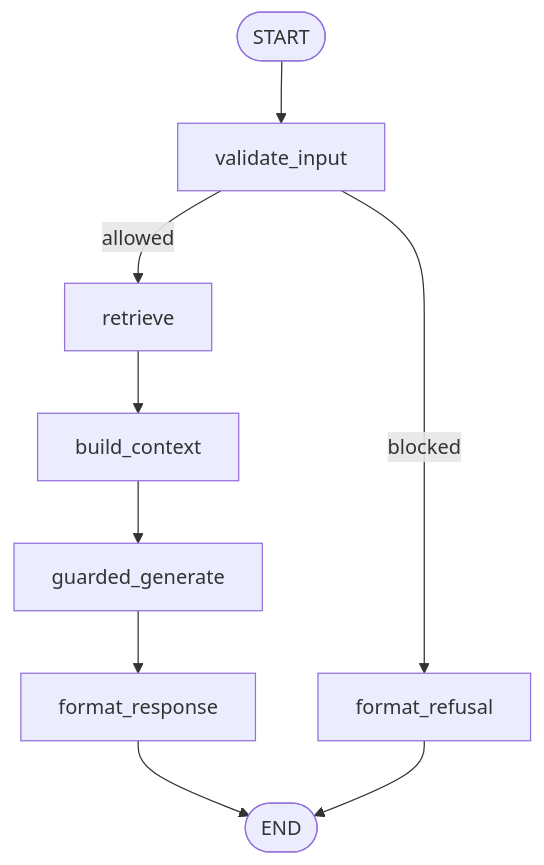
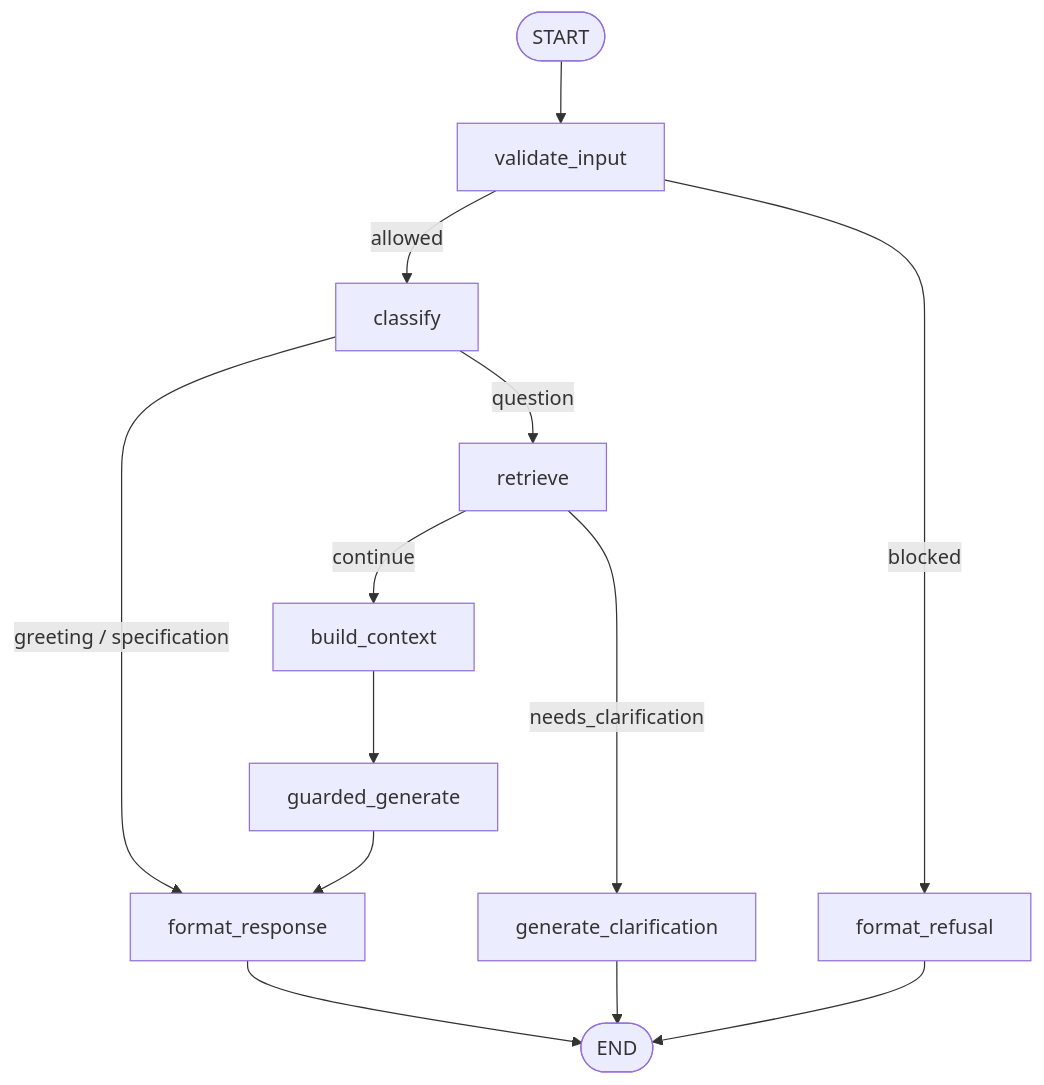
Before and after one commit to AliNikkhah2001/Work_RAG-Orchestrator: the first of 2 diagrams in README.md, drawn with Mermaid. The commit also changed other lines of this file and 1 other file, not shown here.

Commit message:
docs: update README + STUDIO with current graph, ambiguity resolver, clarification & metadata filtering

````diff
--- a/README.md
+++ b/README.md
@@ -13,11 +13,15 @@
 ```mermaid
 flowchart TD
     START([START]) --> VI[validate_input]
     VI -->|blocked| FR[format_refusal]
-    VI -->|allowed| RET[retrieve]
-    RET --> BC[build_context]
+    VI -->|allowed| CL[classify]
+    CL -->|greeting / specification| FRMT[format_response]
+    CL -->|question| RET[retrieve]
+    RET -->|needs_clarification| GC[generate_clarification]
+    RET -->|continue| BC[build_context]
     BC --> GG[guarded_generate]
-    GG --> FRMT[format_response]
+    GG --> FRMT
     FRMT --> END([END])
+    GC --> END
     FR --> END
 ```
````
